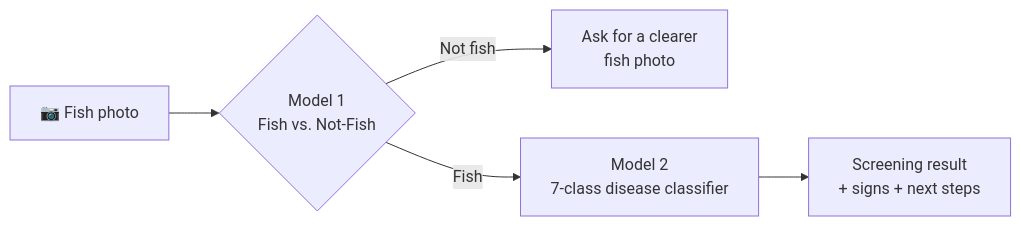
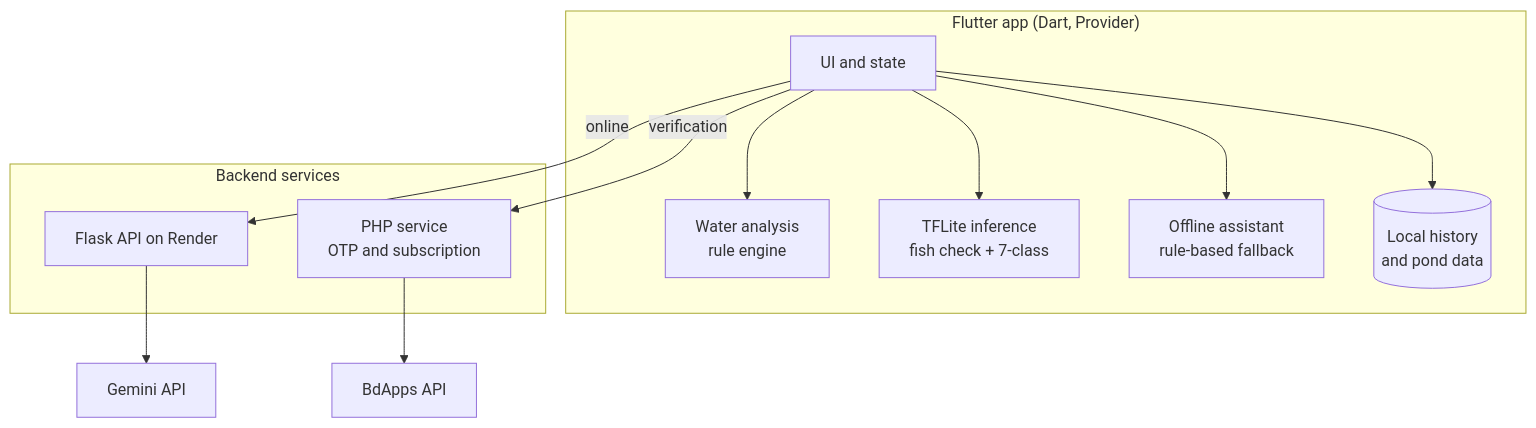
The diagram in README.md (sumaiya-akter-runa/aqua_guard), drawn with Mermaid before and after one commit. The commit also changed other lines of this file, not shown here.

````diff
--- a/README.md
+++ b/README.md
@@ -53,7 +138,27 @@
 ```mermaid
-flowchart LR
-    A[📷 Fish photo] --> B{Model 1<br/>Fish vs. Not-Fish}
-    B -- Not fish --> C[Ask for a clearer<br/>fish photo]
-    B -- Fish --> D[Model 2<br/>7-class disease classifier]
-    D --> E[Screening result<br/>+ signs + next steps]
+flowchart TB
+    subgraph App["Flutter app (Dart, Provider)"]
+        UI[UI and state]
+        WQ[Water analysis<br/>rule engine]
+        TFL[TFLite inference<br/>fish check + 7-class]
+        FB[Offline assistant<br/>rule-based fallback]
+        DB[(Local history<br/>and pond data)]
+    end
+
+    subgraph Cloud["Backend services"]
+        FL[Flask API on Render]
+        PHP[PHP service<br/>OTP and subscription]
+    end
+
+    GEM[Gemini API]
+    BD[BdApps API]
+
+    UI --> WQ
+    UI --> TFL
+    UI --> FB
+    UI --> DB
+    UI -- online --> FL
+    FL --> GEM
+    UI -- verification --> PHP
+    PHP --> BD
 ```
````
